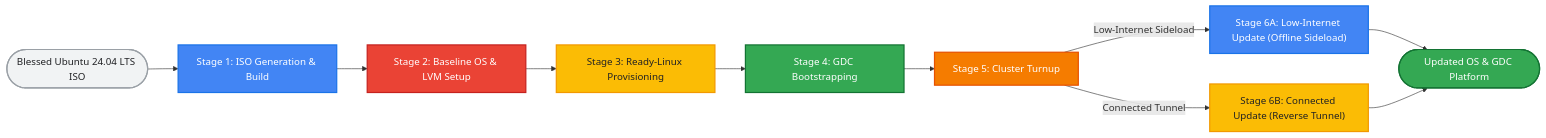
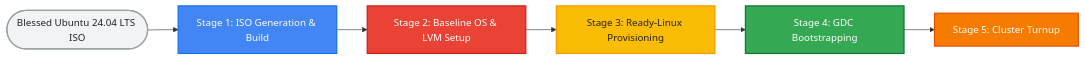
One commit to mike-ensor/gdc-disk-provisioner-gh changed the first of 2 diagrams in README.md. Above: the diagram before and after it, drawn with Mermaid. The commit also changed other lines of this file, not shown here.

Commit message:
splitting up diagram

````diff
--- a/README.md
+++ b/README.md
@@ -11,47 +11,33 @@
 ```mermaid
 flowchart LR
     %% Define Google Brand Styles
     classDef start fill:#F1F3F4,stroke:#9AA0A6,stroke-width:2px,color:#202124;
     classDef blue fill:#4285F4,stroke:#1A73E8,stroke-width:2px,color:#FFFFFF;
     classDef red fill:#EA4335,stroke:#C5221F,stroke-width:2px,color:#FFFFFF;
     classDef yellow fill:#FBBC05,stroke:#F29900,stroke-width:2px,color:#202124;
     classDef green fill:#34A853,stroke:#137333,stroke-width:2px,color:#FFFFFF;
     classDef orange fill:#F57C00,stroke:#E65100,stroke-width:2px,color:#FFFFFF;
 
     %% Nodes
     Start(["Blessed Ubuntu 24.04 LTS ISO"])
     Stage1["Stage 1: ISO Generation & Build"]
     Stage2["Stage 2: Baseline OS & LVM Setup"]
     Stage3["Stage 3: Ready-Linux Provisioning"]
     Stage4["Stage 4: GDC Bootstrapping"]
     Stage5["Stage 5: Cluster Turnup"]
-    
-    %% Stage 6: Update Lifecycle Branches
-    Stage6A["Stage 6A: Low-Internet Update (Offline Sideload)"]
-    Stage6B["Stage 6B: Connected Update (Reverse Tunnel)"]
-    UpdatedOS(["Updated OS & GDC Platform"])
 
     %% Connections
     Start --> Stage1
     Stage1 --> Stage2
     Stage2 --> Stage3
     Stage3 --> Stage4
     Stage4 --> Stage5
-    
-    %% Update Flow Branching
-    Stage5 -->|Low-Internet Sideload| Stage6A
-    Stage5 -->|Connected Tunnel| Stage6B
-    Stage6A --> UpdatedOS
-    Stage6B --> UpdatedOS
 
     %% Apply Styles
     class Start start;
     class Stage1 blue;
     class Stage2 red;
     class Stage3 yellow;
     class Stage4 green;
     class Stage5 orange;
-    class Stage6A blue;
-    class Stage6B yellow;
-    class UpdatedOS green;
 ```
````
